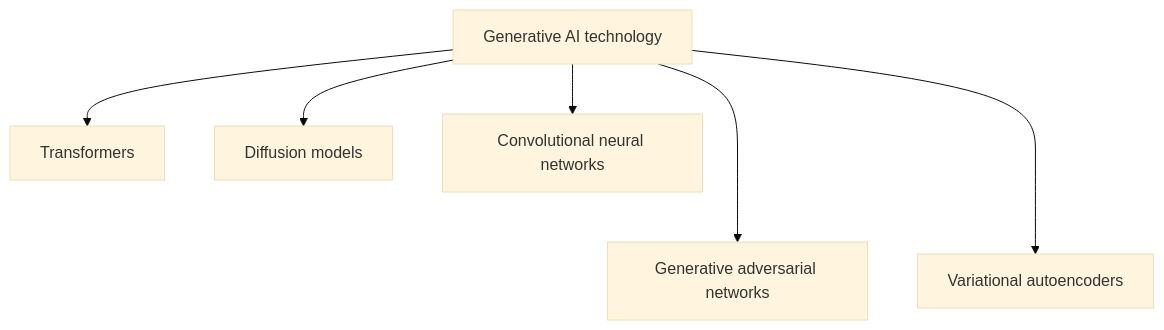
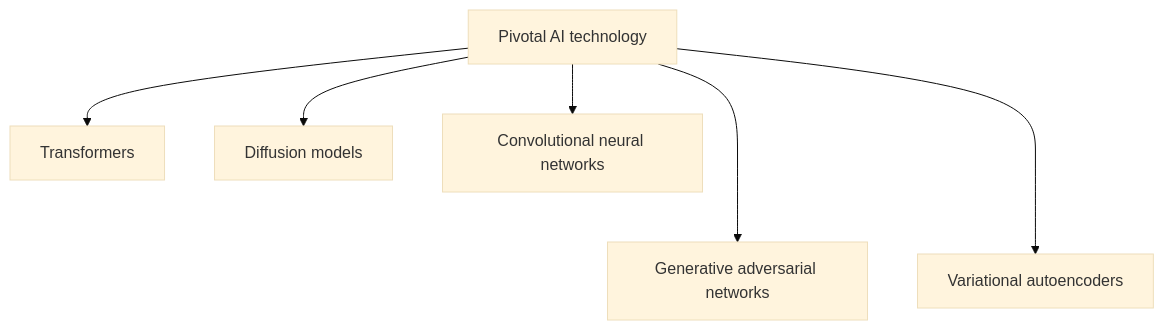
The second of 3 diagrams in README.md (tjunhoh/AI-for-mathematics), drawn with Mermaid (base theme) before and after one commit. The commit also changed other lines of this file and 2 other files, not shown here.

````diff
--- a/README.md
+++ b/README.md
@@ -21,9 +39,9 @@
 ```mermaid
 flowchart TD
-A[Generative AI technology]
+A[Pivotal AI technology]
 A --> D[Transformers]
 A --> E[Diffusion models]
 A --> F[Convolutional neural networks]
 A ---> C[Generative adversarial networks]
 A ---> B[Variational autoencoders]
 ```
````
